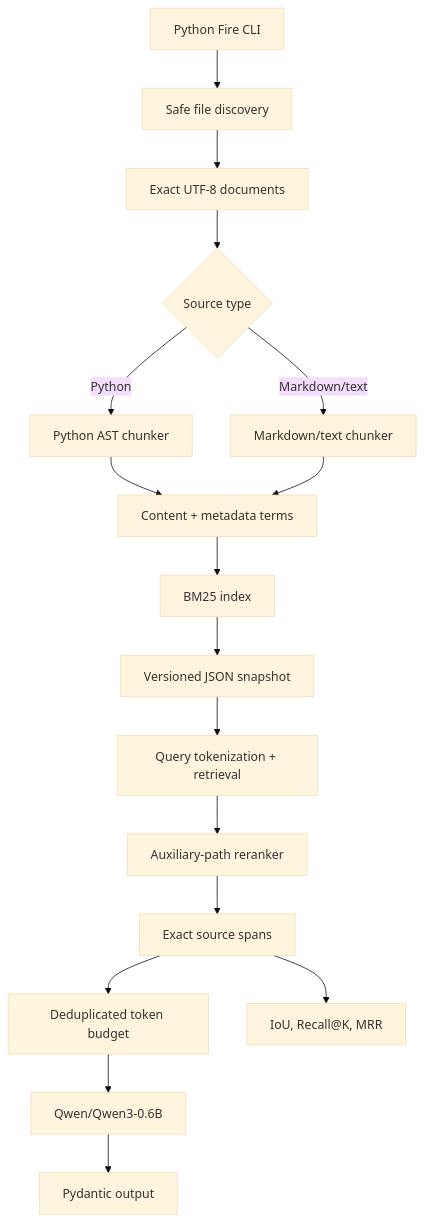
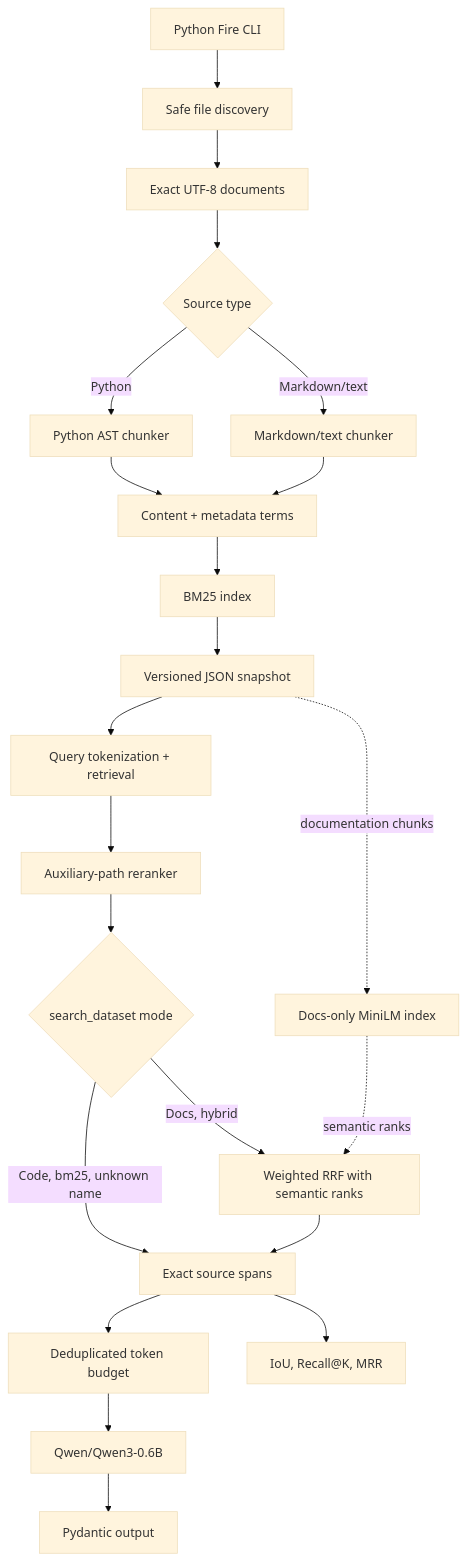
Before and after one commit to MariiaLagutina/RAG: the first of 6 diagrams in docs/architecture.md, drawn with Mermaid (base theme). The commit also changed other lines of this file and 2 other files, not shown here.

Commit message:
docs: describe hybrid Docs routing and documentation-only semantic indexing

````diff
--- a/docs/architecture.md
+++ b/docs/architecture.md
@@ -36,27 +36,34 @@
 ```mermaid
 flowchart TD
     CLI["Python Fire CLI"]
     Files["Safe file discovery"]
     Reader["Exact UTF-8 documents"]
     Dispatch{"Source type"}
     Py["Python AST chunker"]
     Text["Markdown/text chunker"]
     Terms["Content + metadata terms"]
     BM25["BM25 index"]
     Store["Versioned JSON snapshot"]
+    Semantic["Docs-only MiniLM index"]
+    Route{"search_dataset mode"}
     Search["Query tokenization + retrieval"]
     Rerank["Auxiliary-path reranker"]
+    Fusion["Weighted RRF with semantic ranks"]
     Results["Exact source spans"]
     Context["Deduplicated token budget"]
     Model["Qwen/Qwen3-0.6B"]
     Output["Pydantic output"]
     Eval["IoU, Recall@K, MRR"]
 
     CLI --> Files --> Reader --> Dispatch
     Dispatch -->|Python| Py --> Terms
     Dispatch -->|Markdown/text| Text --> Terms
     Terms --> BM25 --> Store
-    Store --> Search --> Rerank --> Results
+    Store -. documentation chunks .-> Semantic
+    Store --> Search --> Rerank --> Route
+    Route -->|Code, bm25, unknown name| Results
+    Route -->|Docs, hybrid| Fusion --> Results
+    Semantic -. semantic ranks .-> Fusion
     Results --> Context --> Model --> Output
     Results --> Eval
 ```
````
